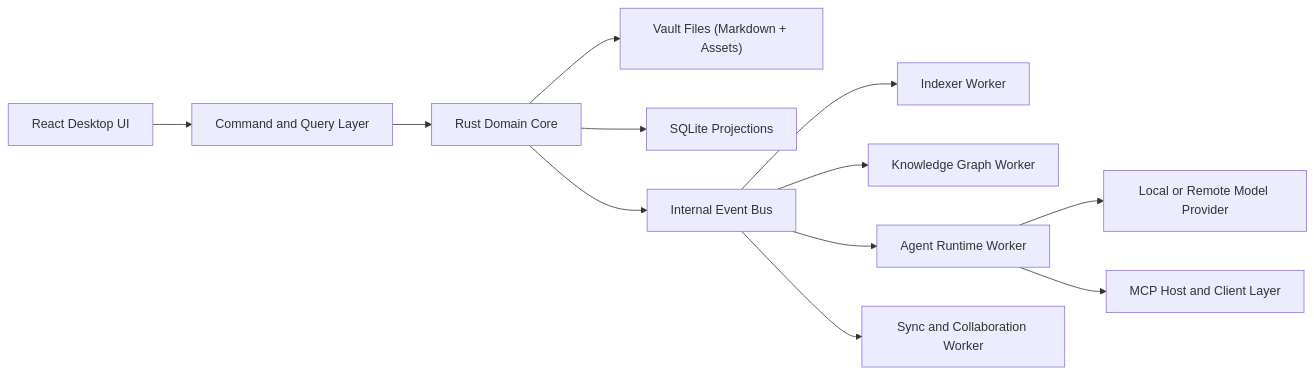
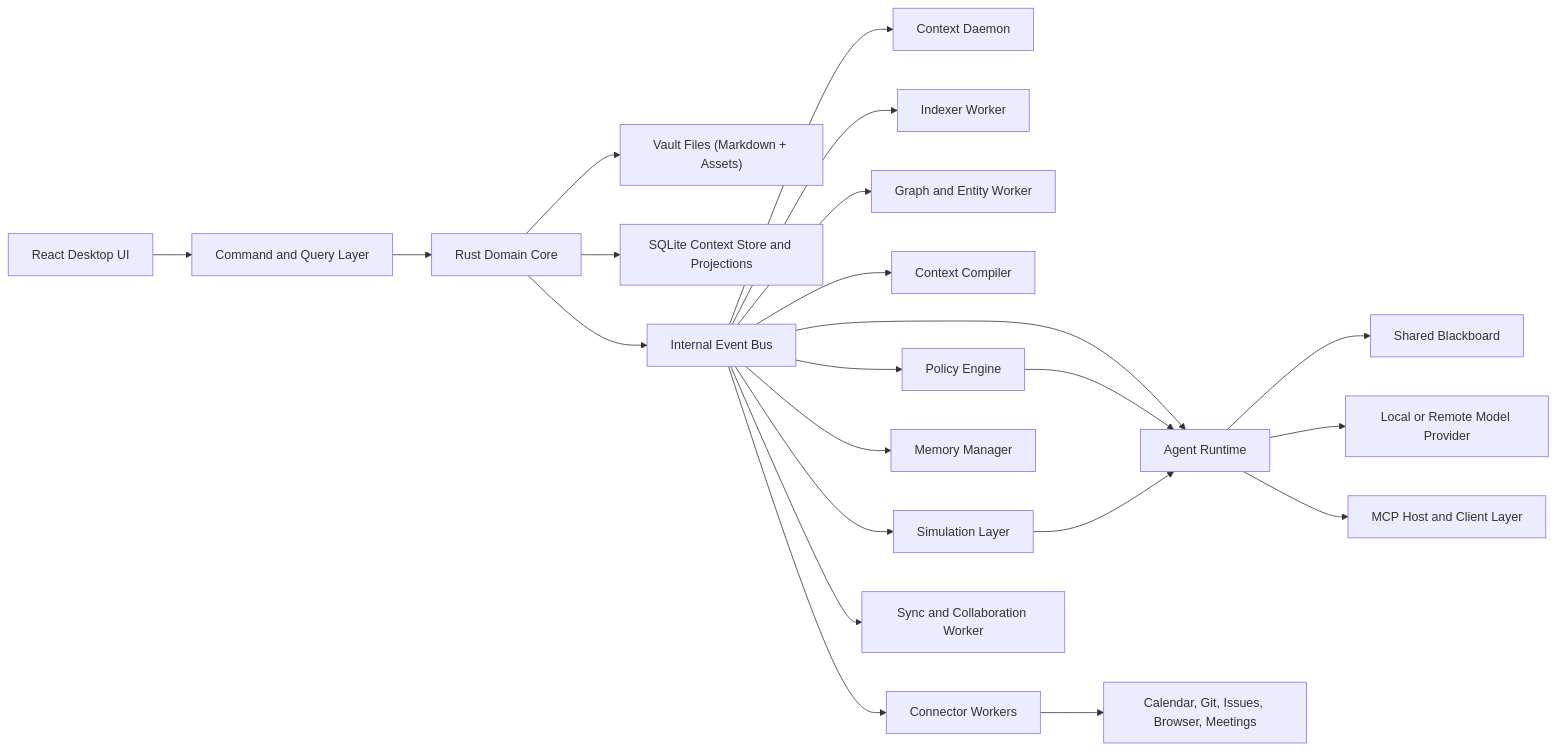
The diagram in docs/ARCHITECTURE.md (protheuslabs/ThoughtForge), drawn with Mermaid before and after one commit. The commit also changed other lines of this file and 7 other files, not shown here.

````diff
--- a/docs/ARCHITECTURE.md
+++ b/docs/ARCHITECTURE.md
@@ -138,14 +147,24 @@
 ```mermaid
 flowchart LR
-  UI["React Desktop UI"] --> CMD["Command and Query Layer"]
-  CMD --> CORE["Rust Domain Core"]
+  UI["React Desktop UI"] --> CQ["Command and Query Layer"]
+  CQ --> CORE["Rust Domain Core"]
   CORE --> FS["Vault Files (Markdown + Assets)"]
-  CORE --> DB["SQLite Projections"]
+  CORE --> DB["SQLite Context Store and Projections"]
   CORE --> BUS["Internal Event Bus"]
+  BUS --> DAEMON["Context Daemon"]
   BUS --> IDX["Indexer Worker"]
-  BUS --> KG["Knowledge Graph Worker"]
-  BUS --> AG["Agent Runtime Worker"]
+  BUS --> KG["Graph and Entity Worker"]
+  BUS --> COMP["Context Compiler"]
+  BUS --> POLICY["Policy Engine"]
+  BUS --> SIM["Simulation Layer"]
+  BUS --> MM["Memory Manager"]
+  BUS --> CONN["Connector Workers"]
+  BUS --> AG["Agent Runtime"]
   BUS --> SYNC["Sync and Collaboration Worker"]
+  AG --> BOARD["Shared Blackboard"]
   AG --> MODEL["Local or Remote Model Provider"]
   AG --> MCP["MCP Host and Client Layer"]
+  CONN --> EXT["Calendar, Git, Issues, Browser, Meetings"]
+  POLICY --> AG
+  SIM --> AG
 ```
````
